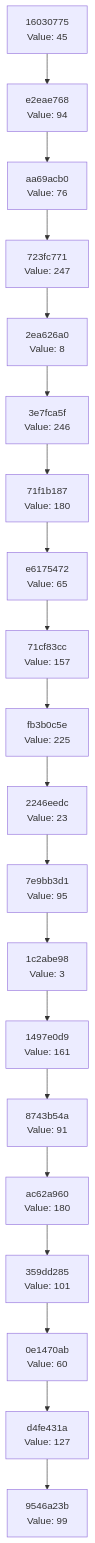
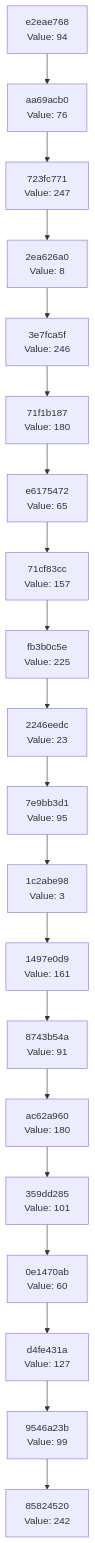
One commit to Abhisheksinha1506/hash-chain-evolver changed the diagram in docs/CHAIN_VISUALIZATION.md. Above: the diagram before and after it, drawn with Mermaid. The commit also changed 3 other files, not shown here.

````diff
--- a/docs/CHAIN_VISUALIZATION.md
+++ b/docs/CHAIN_VISUALIZATION.md
@@ -3,42 +3,42 @@
 ```mermaid
 graph TD
-    C0["9546a23b<br/>Value: 99"]
-    C1["d4fe431a<br/>Value: 127"]
+    C0["85824520<br/>Value: 242"]
+    C1["9546a23b<br/>Value: 99"]
     C1 --> C0
-    C2["0e1470ab<br/>Value: 60"]
+    C2["d4fe431a<br/>Value: 127"]
     C2 --> C1
-    C3["359dd285<br/>Value: 101"]
+    C3["0e1470ab<br/>Value: 60"]
     C3 --> C2
-    C4["ac62a960<br/>Value: 180"]
+    C4["359dd285<br/>Value: 101"]
     C4 --> C3
-    C5["8743b54a<br/>Value: 91"]
+    C5["ac62a960<br/>Value: 180"]
     C5 --> C4
-    C6["1497e0d9<br/>Value: 161"]
+    C6["8743b54a<br/>Value: 91"]
     C6 --> C5
-    C7["1c2abe98<br/>Value: 3"]
+    C7["1497e0d9<br/>Value: 161"]
     C7 --> C6
-    C8["7e9bb3d1<br/>Value: 95"]
+    C8["1c2abe98<br/>Value: 3"]
     C8 --> C7
-    C9["2246eedc<br/>Value: 23"]
+    C9["7e9bb3d1<br/>Value: 95"]
     C9 --> C8
-    C10["fb3b0c5e<br/>Value: 225"]
+    C10["2246eedc<br/>Value: 23"]
     C10 --> C9
-    C11["71cf83cc<br/>Value: 157"]
+    C11["fb3b0c5e<br/>Value: 225"]
     C11 --> C10
-    C12["e6175472<br/>Value: 65"]
+    C12["71cf83cc<br/>Value: 157"]
     C12 --> C11
-    C13["71f1b187<br/>Value: 180"]
+    C13["e6175472<br/>Value: 65"]
     C13 --> C12
-    C14["3e7fca5f<br/>Value: 246"]
+    C14["71f1b187<br/>Value: 180"]
     C14 --> C13
-    C15["2ea626a0<br/>Value: 8"]
+    C15["3e7fca5f<br/>Value: 246"]
     C15 --> C14
-    C16["723fc771<br/>Value: 247"]
+    C16["2ea626a0<br/>Value: 8"]
     C16 --> C15
-    C17["aa69acb0<br/>Value: 76"]
+    C17["723fc771<br/>Value: 247"]
     C17 --> C16
-    C18["e2eae768<br/>Value: 94"]
+    C18["aa69acb0<br/>Value: 76"]
     C18 --> C17
-    C19["16030775<br/>Value: 45"]
+    C19["e2eae768<br/>Value: 94"]
     C19 --> C18
 ```
````
